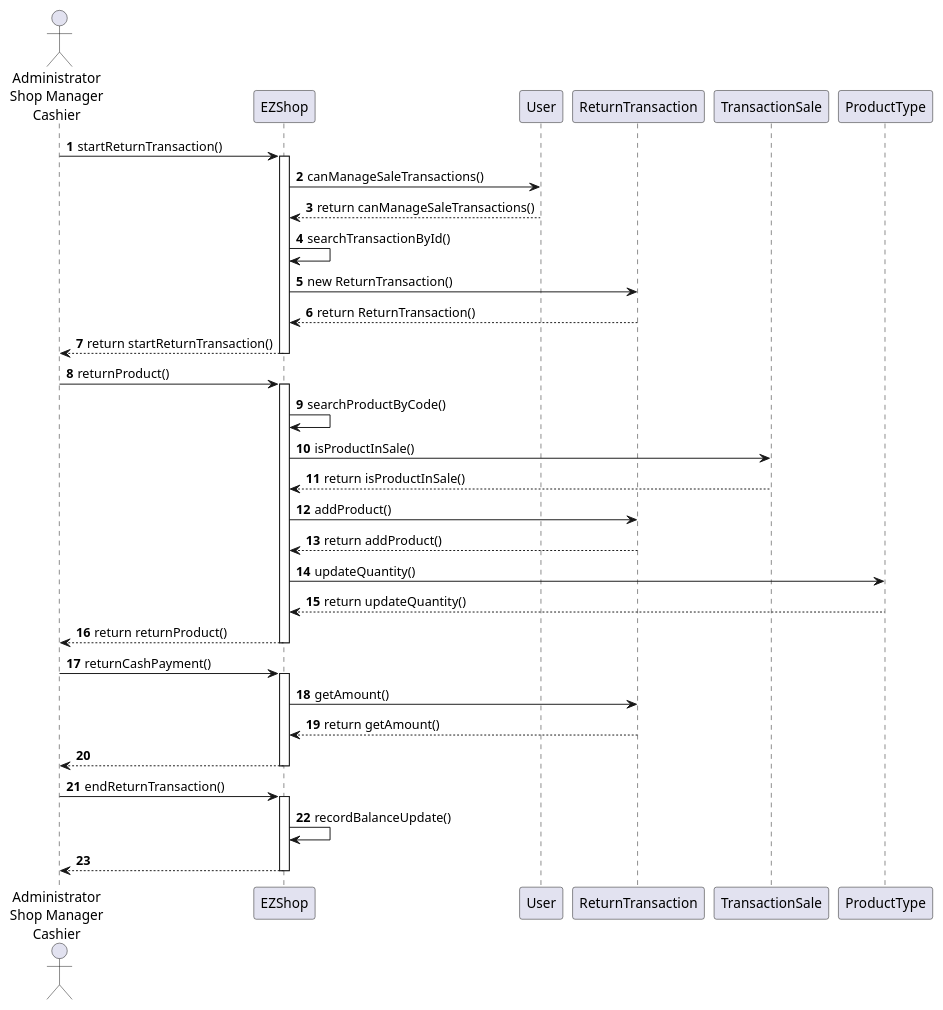
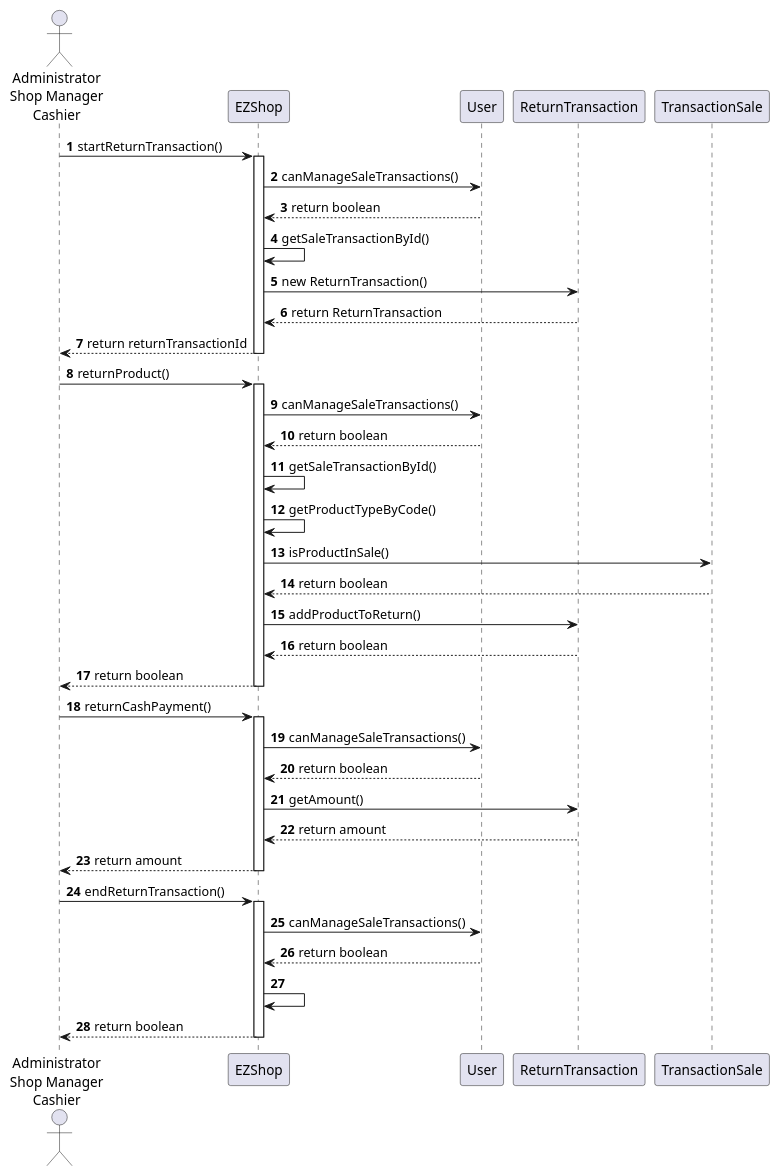
Before and after one commit to gioele-scaletta/EZShop-Software-Engineering-Project: diagram 14 of 15 in Deliverables/DesignDocument.md, drawn with PlantUML. The commit also changed other lines of this file, not shown here.

Commit message:
docs: update sequence diagrams for scenarios 8.1, 8.2, 9.1, 10.1, 10.2

````diff
--- a/Deliverables/DesignDocument.md
+++ b/Deliverables/DesignDocument.md
@@ -626,39 +630,44 @@
 ```plantuml
 actor "Administrator\nShop Manager\nCashier" as user
 
 autonumber
 user -> EZShop : startReturnTransaction()
 activate  EZShop
 EZShop -> User : canManageSaleTransactions()
-EZShop <-- User : return canManageSaleTransactions()
-EZShop -> EZShop : searchTransactionById()
+EZShop <-- User : return boolean
+EZShop -> EZShop : getSaleTransactionById()
 EZShop -> ReturnTransaction : new ReturnTransaction()
-EZShop <-- ReturnTransaction : return ReturnTransaction()
-user <-- EZShop : return startReturnTransaction()
+EZShop <-- ReturnTransaction : return ReturnTransaction
+user <-- EZShop : return returnTransactionId
 deactivate EZShop
 
 user -> EZShop : returnProduct()
 activate EZShop
-EZShop -> EZShop : searchProductByCode()
+EZShop -> User : canManageSaleTransactions()
+EZShop <-- User : return boolean
+EZShop -> EZShop : getSaleTransactionById()
+EZShop -> EZShop : getProductTypeByCode()
 EZShop -> TransactionSale : isProductInSale()
-EZShop <-- TransactionSale : return isProductInSale()
-EZShop -> ReturnTransaction : addProduct()
-EZShop <-- ReturnTransaction : return addProduct()
-EZShop -> ProductType : updateQuantity()
-EZShop <-- ProductType : return updateQuantity()
-user <-- EZShop : return returnProduct()
+EZShop <-- TransactionSale : return boolean
+EZShop -> ReturnTransaction : addProductToReturn()
+EZShop <-- ReturnTransaction : return boolean
+user <-- EZShop : return boolean
 deactivate EZShop
 
 user -> EZShop : returnCashPayment()
 activate EZShop
+EZShop -> User : canManageSaleTransactions()
+EZShop <-- User : return boolean
 EZShop -> ReturnTransaction : getAmount()
-EZShop <-- ReturnTransaction : return getAmount()
-user <-- EZShop
+EZShop <-- ReturnTransaction : return amount
+user <-- EZShop : return amount
 deactivate EZShop
 
 user -> EZShop : endReturnTransaction()
 activate EZShop
-EZShop -> EZShop : recordBalanceUpdate()
-user <-- EZShop
+EZShop -> User : canManageSaleTransactions()
+EZShop <-- User : return boolean
+EZShop -> EZShop
+user <-- EZShop: return boolean
 deactivate EZShop
 ```
````
